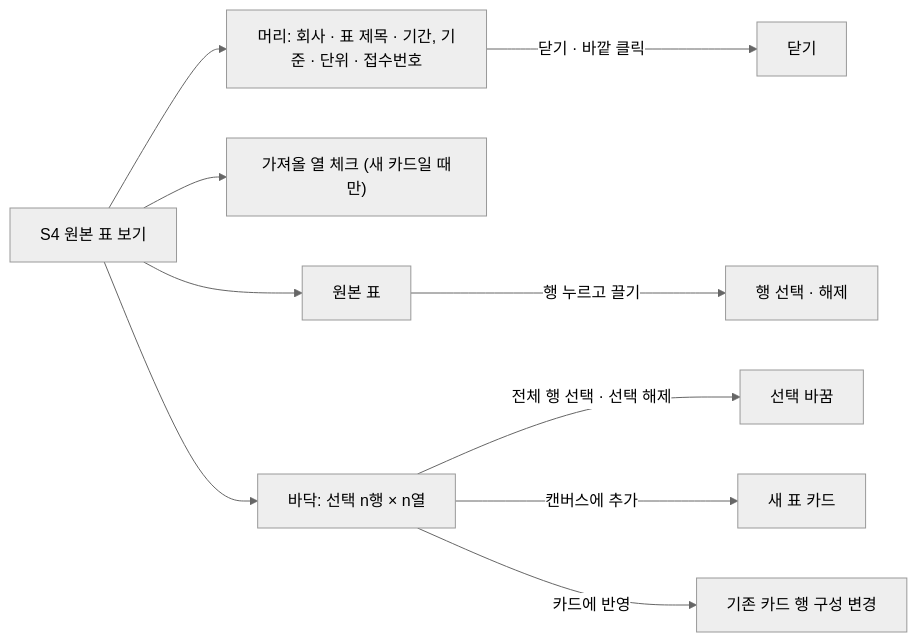
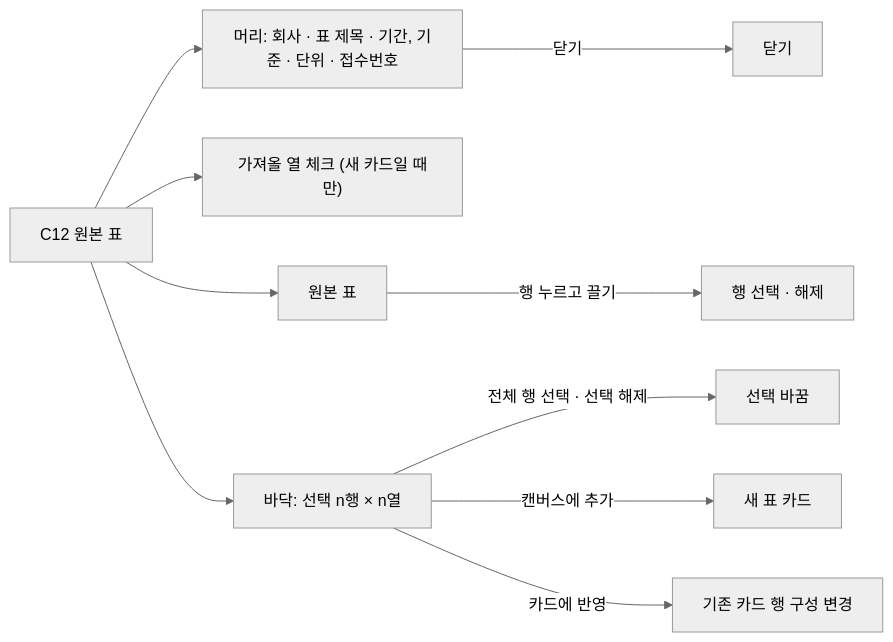
The tenth of 12 diagrams in docs/frontend/ia.md (vamos-team/telescope), drawn with Mermaid (neutral theme) before and after one commit. The commit also changed other lines of this file and 2 other files, not shown here.

````diff
--- a/docs/frontend/ia.md
+++ b/docs/frontend/ia.md
@@ -307,12 +392,12 @@
 ```mermaid
 flowchart LR
-  S4["S4 원본 표 보기"] --> H["머리: 회사 · 표 제목 · 기간, 기준 · 단위 · 접수번호"]
-  S4 --> CL["가져올 열 체크 (새 카드일 때만)"]
-  S4 --> TB["원본 표"]
-  S4 --> F["바닥: 선택 n행 × n열"]
+  C12["C12 원본 표"] --> H["머리: 회사 · 표 제목 · 기간, 기준 · 단위 · 접수번호"]
+  C12 --> CL["가져올 열 체크 (새 카드일 때만)"]
+  C12 --> TB["원본 표"]
+  C12 --> F["바닥: 선택 n행 × n열"]
   TB -->|행 누르고 끌기| T1["행 선택 · 해제"]
   F -->|전체 행 선택 · 선택 해제| F1["선택 바꿈"]
   F -->|캔버스에 추가| F2["새 표 카드"]
   F -->|카드에 반영| F3["기존 카드 행 구성 변경"]
-  H -->|"닫기 · 바깥 클릭"| F4["닫기"]
+  H -->|"닫기"| F4["닫기"]
 ```
````
